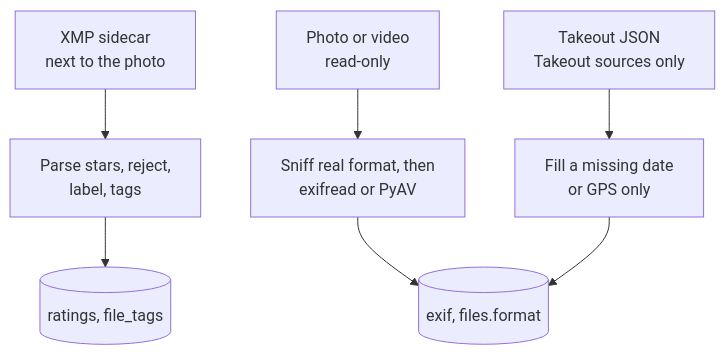
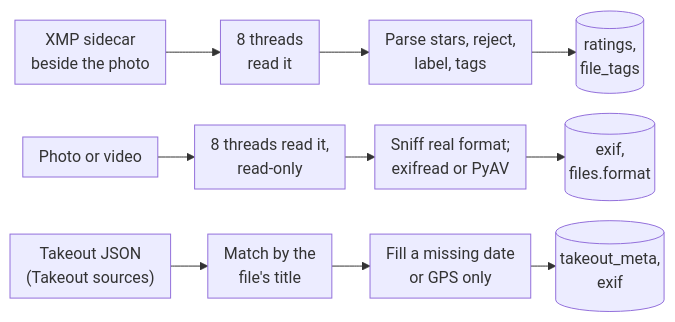
The fourth of 14 diagrams in docs/src/dataflow-lunelis.md (AxialForge/Lunelis), drawn with Mermaid before and after one commit. The commit also changed other lines of this file and 3 other files, not shown here.

Commit message:
Kit: keep table header and last rows with their neighbours, taller figures, diagram and table guidance in the style guide

````diff
--- a/docs/src/dataflow-lunelis.md
+++ b/docs/src/dataflow-lunelis.md
@@ -154,9 +135,7 @@
-```mermaid Three readers feed the catalog. All of them open originals and sidecars read-only, 8 files at a time, and write to the catalog from one thread.
-flowchart TD
-  S["XMP sidecar<br/>next to the photo"] --> P["Parse stars, reject,<br/>label, tags"]
-  P --> R[("ratings, file_tags")]
-  F["Photo or video<br/>read-only"] --> X["Sniff real format, then<br/>exifread or PyAV"]
-  X --> E[("exif, files.format")]
-  J["Takeout JSON<br/>Takeout sources only"] --> T["Fill a missing date<br/>or GPS only"]
-  T --> E
+```mermaid Three readers feed the catalog. Rows are committed in batches, so a stopped pass resumes where it left off.
+%%{init: {"flowchart": {"rankSpacing": 24, "nodeSpacing": 20, "padding": 8}}}%%
+flowchart LR
+  S["XMP sidecar<br/>beside the photo"] --> S2["8 threads<br/>read it"] --> P["Parse stars, reject,<br/>label, tags"] --> R[("ratings,<br/>file_tags")]
+  F["Photo or video"] --> F2["8 threads read it,<br/>read-only"] --> X["Sniff real format;<br/>exifread or PyAV"] --> E[("exif,<br/>files.format")]
+  J["Takeout JSON<br/>(Takeout sources)"] --> J2["Match by the<br/>file's title"] --> T["Fill a missing date<br/>or GPS only"] --> E2[("takeout_meta,<br/>exif")]
 ```
````
